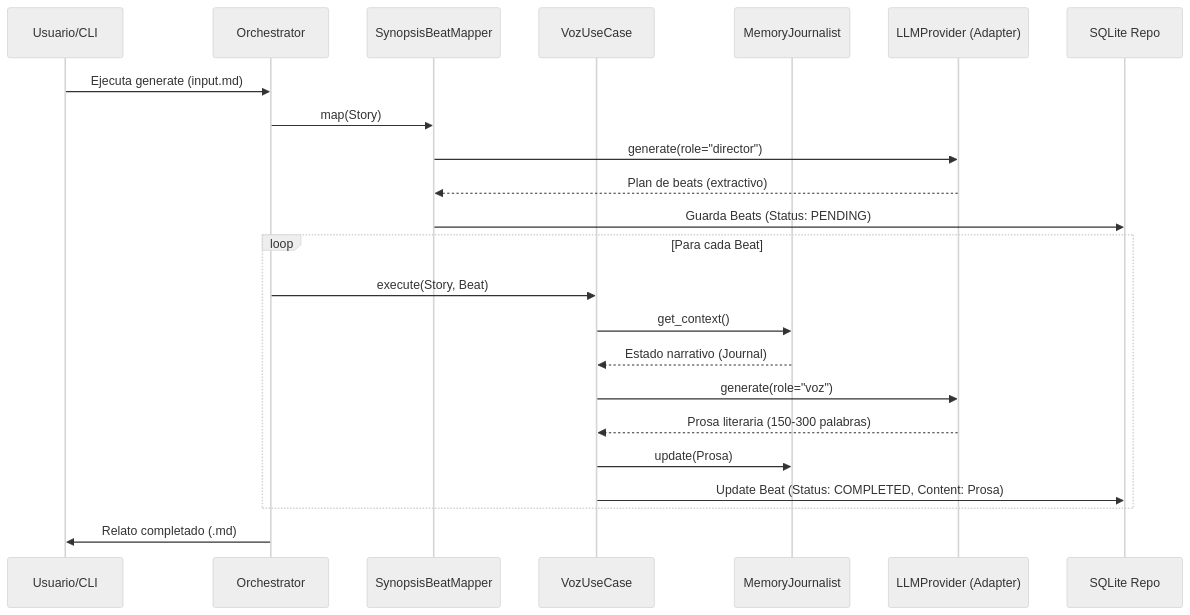
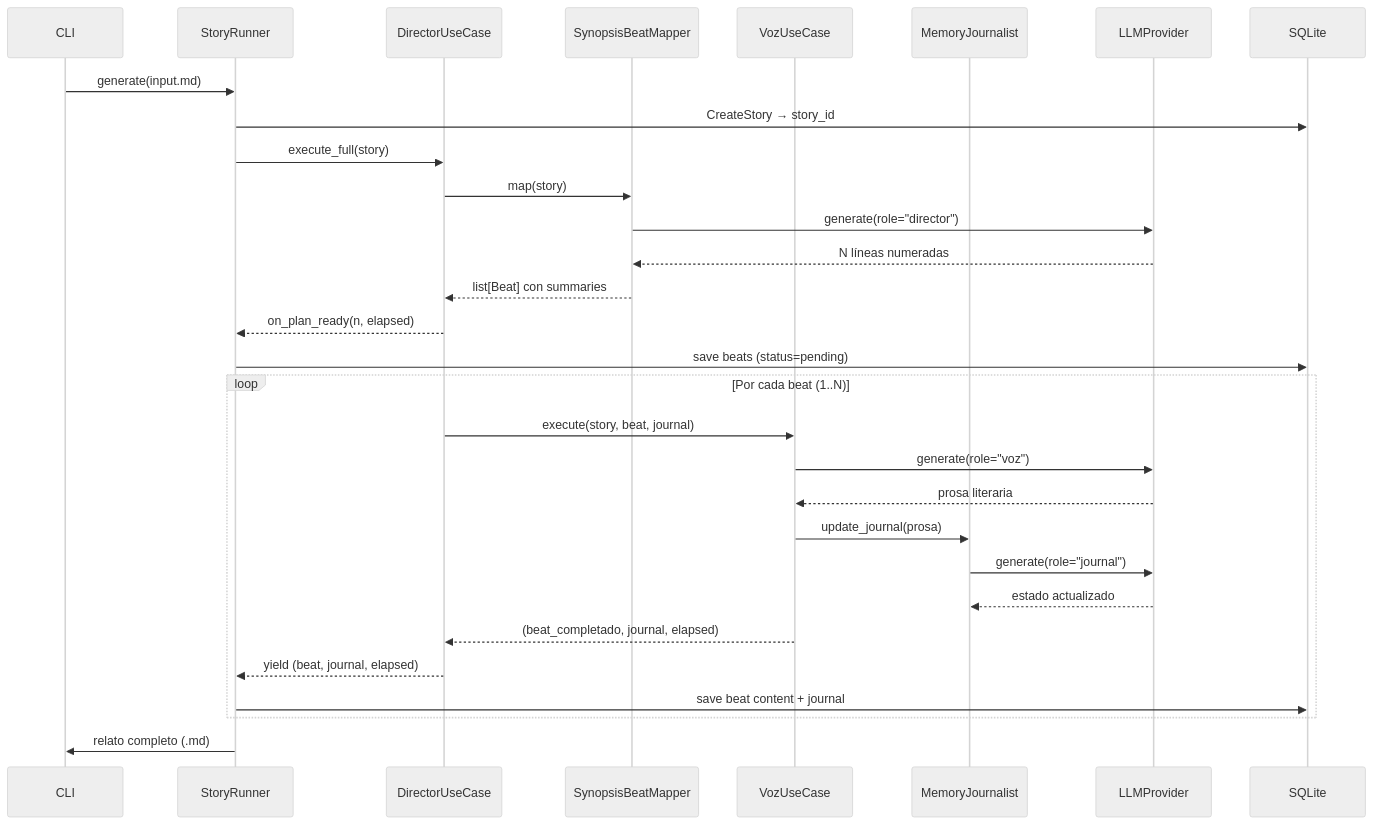
The first of 4 diagrams in README.md (rledesma912/automated_narrative), drawn with Mermaid (neutral theme) before and after one commit. The commit also changed other lines of this file and 49 other files, not shown here.

````diff
--- a/README.md
+++ b/README.md
@@ -16,28 +29,38 @@
 ```mermaid
 sequenceDiagram
-    participant U as Usuario/CLI
-    participant O as Orchestrator
-    participant M as SynopsisBeatMapper
-    participant V as VozUseCase
-    participant J as MemoryJournalist
-    participant L as LLMProvider (Adapter)
-    participant DB as SQLite Repo
+    participant CLI
+    participant Runner as StoryRunner
+    participant Dir as DirectorUseCase
+    participant Map as SynopsisBeatMapper
+    participant Voz as VozUseCase
+    participant Jrn as MemoryJournalist
+    participant LLM as LLMProvider
+    participant DB as SQLite
 
-    U->>O: Ejecuta generate (input.md)
-    O->>M: map(Story)
-    M->>L: generate(role="director")
-    L-->>M: Plan de beats (extractivo)
-    M->>DB: Guarda Beats (Status: PENDING)
-    
-    loop Para cada Beat
-        O->>V: execute(Story, Beat)
-        V->>J: get_context()
-        J-->>V: Estado narrativo (Journal)
-        V->>L: generate(role="voz")
-        L-->>V: Prosa literaria (150-300 palabras)
-        V->>J: update(Prosa)
-        V->>DB: Update Beat (Status: COMPLETED, Content: Prosa)
+    CLI->>Runner: generate(input.md)
+    Runner->>DB: CreateStory → story_id
+
+    Runner->>Dir: execute_full(story)
+
+    Dir->>Map: map(story)
+    Map->>LLM: generate(role="director")
+    LLM-->>Map: N líneas numeradas
+    Map-->>Dir: list[Beat] con summaries
+
+    Dir-->>Runner: on_plan_ready(n, elapsed)
+    Runner->>DB: save beats (status=pending)
+
+    loop Por cada beat (1..N)
+        Dir->>Voz: execute(story, beat, journal)
+        Voz->>LLM: generate(role="voz")
+        LLM-->>Voz: prosa literaria
+        Voz->>Jrn: update_journal(prosa)
+        Jrn->>LLM: generate(role="journal")
+        LLM-->>Jrn: estado actualizado
+        Voz-->>Dir: (beat_completado, journal, elapsed)
+        Dir-->>Runner: yield (beat, journal, elapsed)
+        Runner->>DB: save beat content + journal
     end
-    
-    O->>U: Relato completado (.md)
+
+    Runner->>CLI: relato completo (.md)
 ```
````
